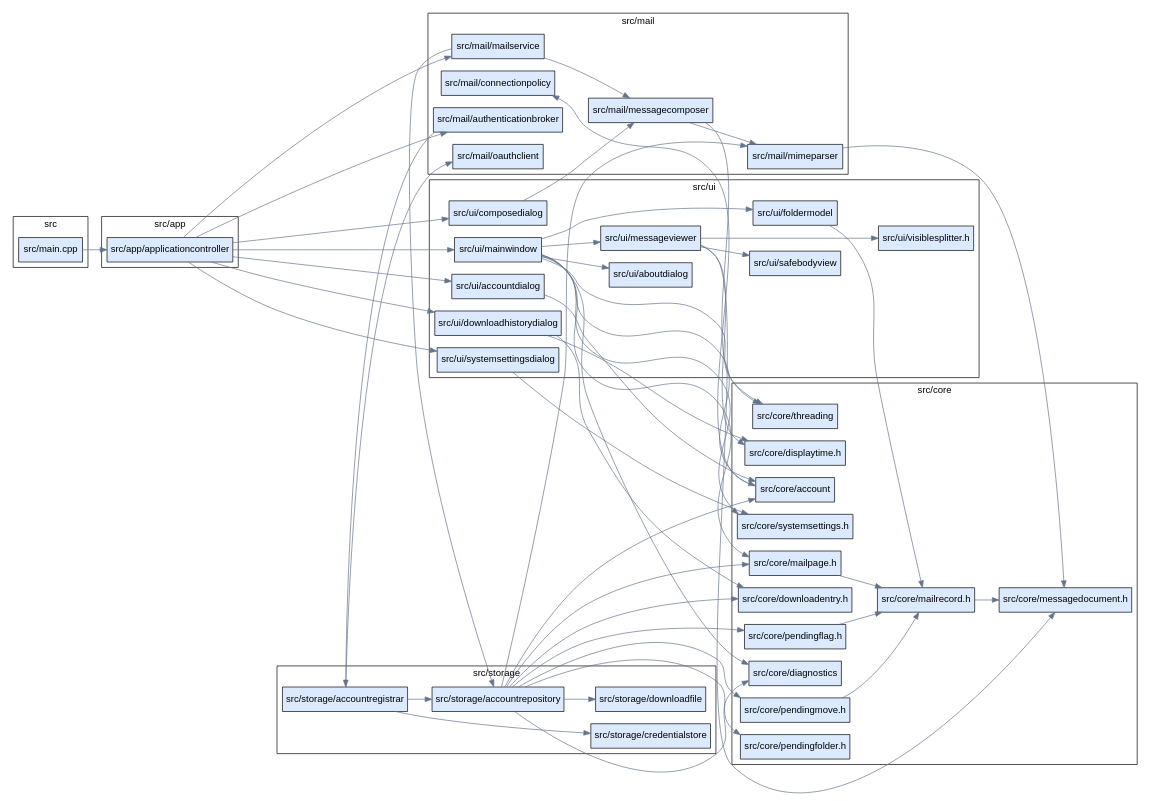
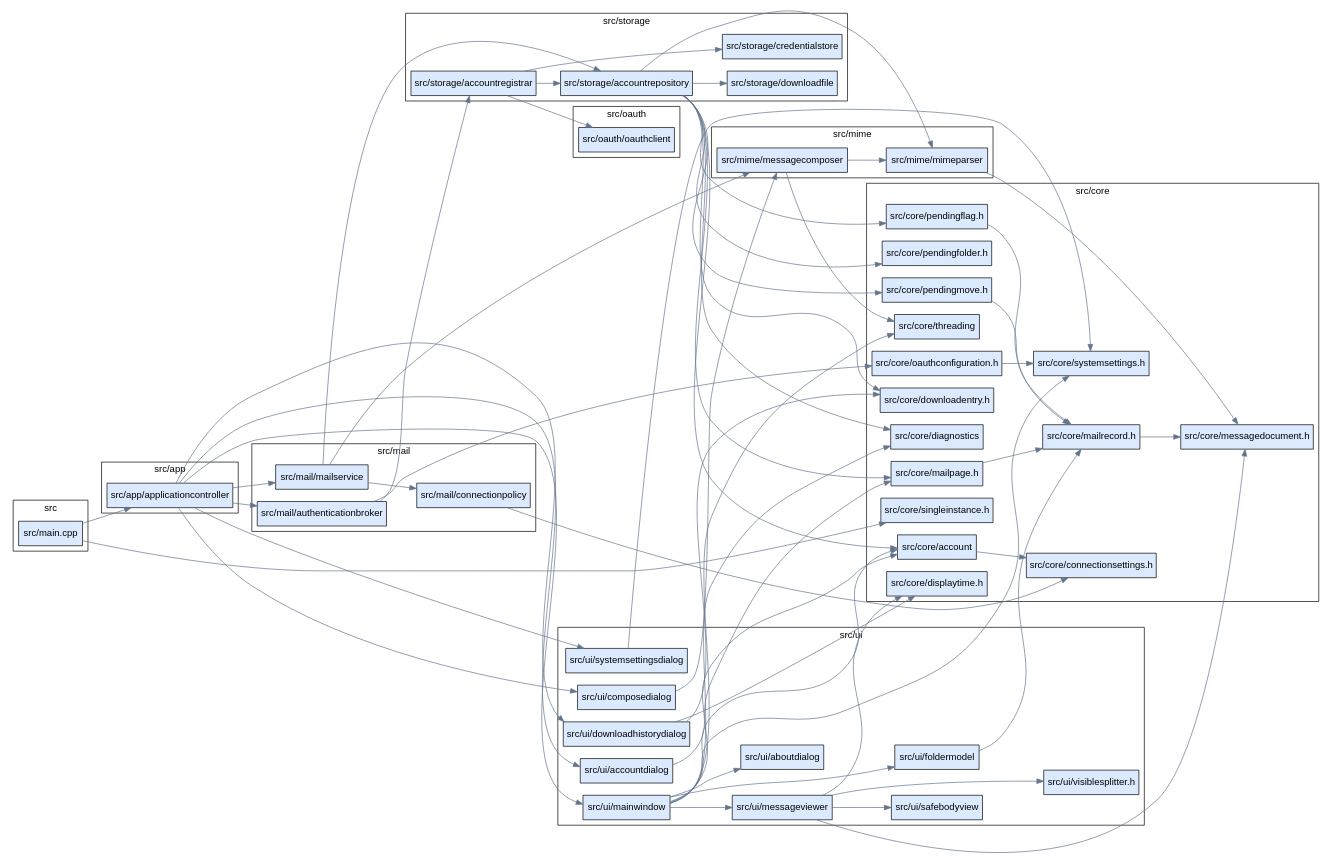
Before and after one commit to Kiterai/SmoothMail: the diagram in docs/dev/architecture/files.dot, drawn with Graphviz. The commit also changed 36 other files, not shown here.

```diff
--- a/docs/dev/architecture/files.dot
+++ b/docs/dev/architecture/files.dot
@@ -1,145 +1,162 @@
 digraph dependencies {
 	graph [fontname=Arial,
 		rankdir=LR
 	];
 	node [fontname=Arial,
 		shape=box,
 		style=filled
 	];
 	edge [color="#64748b"];
 	subgraph cluster_0 {
 		graph [label=src];
 		"src/main.cpp"	[fillcolor="#dbeafe",
 			label="src/main.cpp"];
 	}
 	subgraph cluster_1 {
 		graph [label="src/app"];
 		"src/app/applicationcontroller"	[fillcolor="#dbeafe",
 			label="src/app/applicationcontroller"];
 	}
 	subgraph cluster_2 {
 		graph [label="src/core"];
 		"src/core/account"	[fillcolor="#dbeafe",
 			label="src/core/account"];
+		"src/core/connectionsettings.h"	[fillcolor="#dbeafe",
+			label="src/core/connectionsettings.h"];
 		"src/core/diagnostics"	[fillcolor="#dbeafe",
 			label="src/core/diagnostics"];
 		"src/core/displaytime.h"	[fillcolor="#dbeafe",
 			label="src/core/displaytime.h"];
 		"src/core/downloadentry.h"	[fillcolor="#dbeafe",
 			label="src/core/downloadentry.h"];
 		"src/core/mailpage.h"	[fillcolor="#dbeafe",
 			label="src/core/mailpage.h"];
 		"src/core/mailrecord.h"	[fillcolor="#dbeafe",
 			label="src/core/mailrecord.h"];
 		"src/core/messagedocument.h"	[fillcolor="#dbeafe",
 			label="src/core/messagedocument.h"];
+		"src/core/oauthconfiguration.h"	[fillcolor="#dbeafe",
+			label="src/core/oauthconfiguration.h"];
 		"src/core/pendingflag.h"	[fillcolor="#dbeafe",
 			label="src/core/pendingflag.h"];
 		"src/core/pendingfolder.h"	[fillcolor="#dbeafe",
 			label="src/core/pendingfolder.h"];
 		"src/core/pendingmove.h"	[fillcolor="#dbeafe",
 			label="src/core/pendingmove.h"];
+		"src/core/singleinstance.h"	[fillcolor="#dbeafe",
+			label="src/core/singleinstance.h"];
 		"src/core/systemsettings.h"	[fillcolor="#dbeafe",
 			label="src/core/systemsettings.h"];
 		"src/core/threading"	[fillcolor="#dbeafe",
 			label="src/core/threading"];
 	}
 	subgraph cluster_3 {
 		graph [label="src/mail"];
 		"src/mail/authenticationbroker"	[fillcolor="#dbeafe",
 			label="src/mail/authenticationbroker"];
 		"src/mail/connectionpolicy"	[fillcolor="#dbeafe",
 			label="src/mail/connectionpolicy"];
 		"src/mail/mailservice"	[fillcolor="#dbeafe",
 			label="src/mail/mailservice"];
-		"src/mail/messagecomposer"	[fillcolor="#dbeafe",
-			label="src/mail/messagecomposer"];
-		"src/mail/mimeparser"	[fillcolor="#dbeafe",
-			label="src/mail/mimeparser"];
-		"src/mail/oauthclient"	[fillcolor="#dbeafe",
-			label="src/mail/oauthclient"];
 	}
 	subgraph cluster_4 {
+		graph [label="src/mime"];
+		"src/mime/messagecomposer"	[fillcolor="#dbeafe",
+			label="src/mime/messagecomposer"];
+		"src/mime/mimeparser"	[fillcolor="#dbeafe",
+			label="src/mime/mimeparser"];
+	}
+	subgraph cluster_5 {
+		graph [label="src/oauth"];
+		"src/oauth/oauthclient"	[fillcolor="#dbeafe",
+			label="src/oauth/oauthclient"];
+	}
+	subgraph cluster_6 {
 		graph [label="src/storage"];
 		"src/storage/accountregistrar"	[fillcolor="#dbeafe",
 			label="src/storage/accountregistrar"];
 		"src/storage/accountrepository"	[fillcolor="#dbeafe",
 			label="src/storage/accountrepository"];
 		"src/storage/credentialstore"	[fillcolor="#dbeafe",
 			label="src/storage/credentialstore"];
 		"src/storage/downloadfile"	[fillcolor="#dbeafe",
 			label="src/storage/downloadfile"];
 	}
-	subgraph cluster_5 {
+	subgraph cluster_7 {
 		graph [label="src/ui"];
 		"src/ui/aboutdialog"	[fillcolor="#dbeafe",
 			label="src/ui/aboutdialog"];
 		"src/ui/accountdialog"	[fillcolor="#dbeafe",
 			label="src/ui/accountdialog"];
 		"src/ui/composedialog"	[fillcolor="#dbeafe",
 			label="src/ui/composedialog"];
 		"src/ui/downloadhistorydialog"	[fillcolor="#dbeafe",
 			label="src/ui/downloadhistorydialog"];
 		"src/ui/foldermodel"	[fillcolor="#dbeafe",
 			label="src/ui/foldermodel"];
 		"src/ui/mainwindow"	[fillcolor="#dbeafe",
 			label="src/ui/mainwindow"];
 		"src/ui/messageviewer"	[fillcolor="#dbeafe",
 			label="src/ui/messageviewer"];
 		"src/ui/safebodyview"	[fillcolor="#dbeafe",
 			label="src/ui/safebodyview"];
 		"src/ui/systemsettingsdialog"	[fillcolor="#dbeafe",
 			label="src/ui/systemsettingsdialog"];
 		"src/ui/visiblesplitter.h"	[fillcolor="#dbeafe",
 			label="src/ui/visiblesplitter.h"];
 	}
-	"src/main.cpp" -> "src/app/applicationcontroller"	[minlen=1];
-	"src/app/applicationcontroller" -> "src/mail/authenticationbroker"	[minlen=1];
+	"src/main.cpp" -> "src/app/applicationcontroller";
+	"src/main.cpp" -> "src/core/singleinstance.h"	[minlen=1];
+	"src/app/applicationcontroller" -> "src/mail/authenticationbroker";
 	"src/app/applicationcontroller" -> "src/mail/mailservice";
-	"src/app/applicationcontroller" -> "src/ui/accountdialog"	[minlen=2];
-	"src/app/applicationcontroller" -> "src/ui/composedialog"	[minlen=3];
+	"src/app/applicationcontroller" -> "src/ui/accountdialog"	[minlen=1];
+	"src/app/applicationcontroller" -> "src/ui/composedialog"	[minlen=2];
 	"src/app/applicationcontroller" -> "src/ui/downloadhistorydialog";
 	"src/app/applicationcontroller" -> "src/ui/mainwindow";
-	"src/app/applicationcontroller" -> "src/ui/systemsettingsdialog"	[minlen=1];
-	"src/core/account" -> "src/mail/connectionpolicy"	[minlen=1];
+	"src/app/applicationcontroller" -> "src/ui/systemsettingsdialog"	[minlen=3];
+	"src/core/account" -> "src/core/connectionsettings.h";
 	"src/core/mailpage.h" -> "src/core/mailrecord.h";
 	"src/core/mailrecord.h" -> "src/core/messagedocument.h";
+	"src/core/oauthconfiguration.h" -> "src/core/systemsettings.h";
 	"src/core/pendingflag.h" -> "src/core/mailrecord.h";
 	"src/core/pendingmove.h" -> "src/core/mailrecord.h";
+	"src/mail/authenticationbroker" -> "src/core/oauthconfiguration.h"	[minlen=1];
 	"src/mail/authenticationbroker" -> "src/storage/accountregistrar";
-	"src/mail/mailservice" -> "src/mail/messagecomposer";
+	"src/mail/connectionpolicy" -> "src/core/connectionsettings.h";
+	"src/mail/mailservice" -> "src/mail/connectionpolicy"	[minlen=1];
+	"src/mail/mailservice" -> "src/mime/messagecomposer";
 	"src/mail/mailservice" -> "src/storage/accountrepository";
-	"src/mail/messagecomposer" -> "src/core/threading";
-	"src/mail/messagecomposer" -> "src/mail/mimeparser";
-	"src/mail/mimeparser" -> "src/core/messagedocument.h";
-	"src/storage/accountregistrar" -> "src/mail/oauthclient"	[minlen=1];
+	"src/mime/messagecomposer" -> "src/core/threading";
+	"src/mime/messagecomposer" -> "src/mime/mimeparser";
+	"src/mime/mimeparser" -> "src/core/messagedocument.h";
+	"src/storage/accountregistrar" -> "src/oauth/oauthclient"	[minlen=1];
 	"src/storage/accountregistrar" -> "src/storage/accountrepository";
 	"src/storage/accountregistrar" -> "src/storage/credentialstore"	[minlen=2];
 	"src/storage/accountrepository" -> "src/core/account";
 	"src/storage/accountrepository" -> "src/core/diagnostics";
 	"src/storage/accountrepository" -> "src/core/downloadentry.h";
 	"src/storage/accountrepository" -> "src/core/mailpage.h";
 	"src/storage/accountrepository" -> "src/core/pendingflag.h"	[minlen=1];
 	"src/storage/accountrepository" -> "src/core/pendingfolder.h"	[minlen=2];
 	"src/storage/accountrepository" -> "src/core/pendingmove.h"	[minlen=3];
-	"src/storage/accountrepository" -> "src/mail/mimeparser";
+	"src/storage/accountrepository" -> "src/mime/mimeparser";
 	"src/storage/accountrepository" -> "src/storage/downloadfile"	[minlen=1];
 	"src/ui/accountdialog" -> "src/core/account";
-	"src/ui/composedialog" -> "src/mail/messagecomposer";
+	"src/ui/composedialog" -> "src/mime/messagecomposer";
 	"src/ui/downloadhistorydialog" -> "src/core/displaytime.h";
 	"src/ui/downloadhistorydialog" -> "src/core/downloadentry.h";
 	"src/ui/foldermodel" -> "src/core/mailrecord.h";
 	"src/ui/mainwindow" -> "src/core/account";
 	"src/ui/mainwindow" -> "src/core/diagnostics";
 	"src/ui/mainwindow" -> "src/core/mailpage.h";
 	"src/ui/mainwindow" -> "src/core/systemsettings.h";
 	"src/ui/mainwindow" -> "src/core/threading";
 	"src/ui/mainwindow" -> "src/ui/aboutdialog"	[minlen=1];
 	"src/ui/mainwindow" -> "src/ui/foldermodel"	[minlen=2];
 	"src/ui/mainwindow" -> "src/ui/messageviewer";
 	"src/ui/messageviewer" -> "src/core/displaytime.h";
 	"src/ui/messageviewer" -> "src/core/messagedocument.h";
 	"src/ui/messageviewer" -> "src/ui/safebodyview"	[minlen=1];
 	"src/ui/messageviewer" -> "src/ui/visiblesplitter.h"	[minlen=2];
 	"src/ui/systemsettingsdialog" -> "src/core/systemsettings.h";
 }
```
